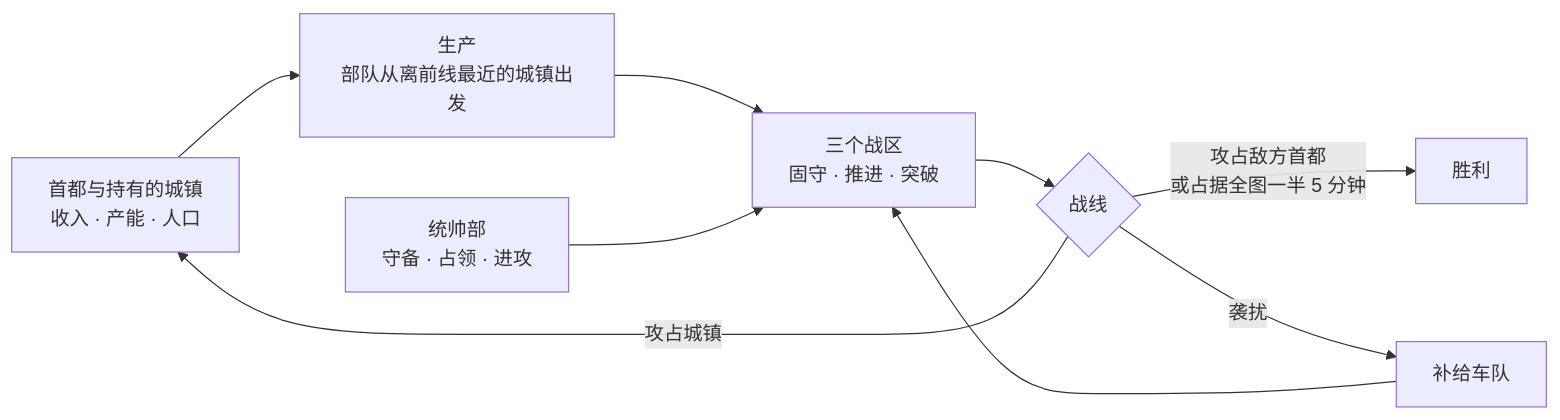
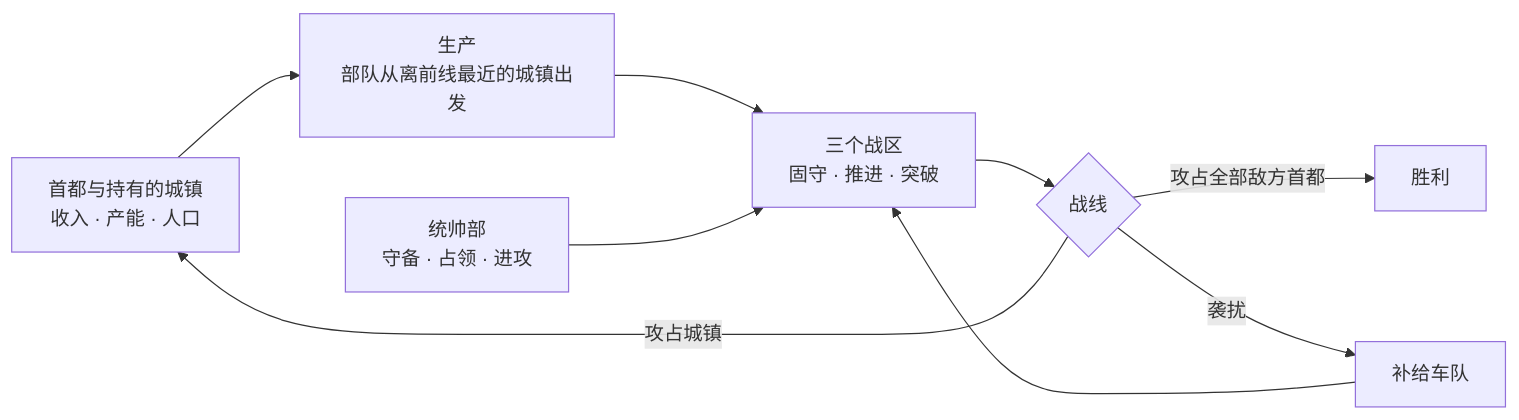
Before and after one commit to Zwl20085/LittleWarGame: the first of 2 diagrams in README.zh-CN.md, drawn with Mermaid. The commit also changed other lines of this file and 18 other files, not shown here.

````diff
--- a/README.zh-CN.md
+++ b/README.zh-CN.md
@@ -135,11 +135,11 @@
 ```mermaid
 flowchart LR
   A[首都与持有的城镇<br/>收入 · 产能 · 人口] --> B[生产<br/>部队从离前线最近的城镇出发]
   B --> C[三个战区<br/>固守 · 推进 · 突破]
   H[统帅部<br/>守备 · 占领 · 进攻] --> C
   C --> D{战线}
   D -- 攻占城镇 --> A
-  D -- 攻占敌方首都<br/>或占据全图一半 5 分钟 --> V[胜利]
+  D -- 攻占全部敌方首都 --> V[胜利]
   S[补给车队] --> C
   D -- 袭扰 --> S
 ```
````
